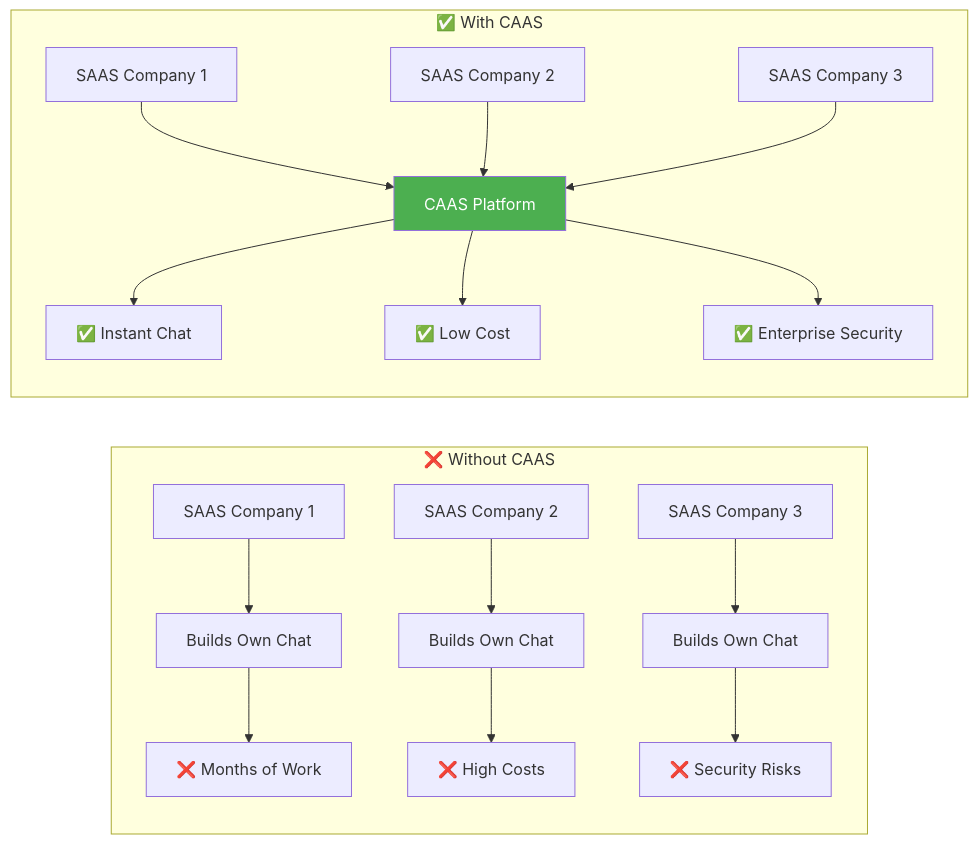
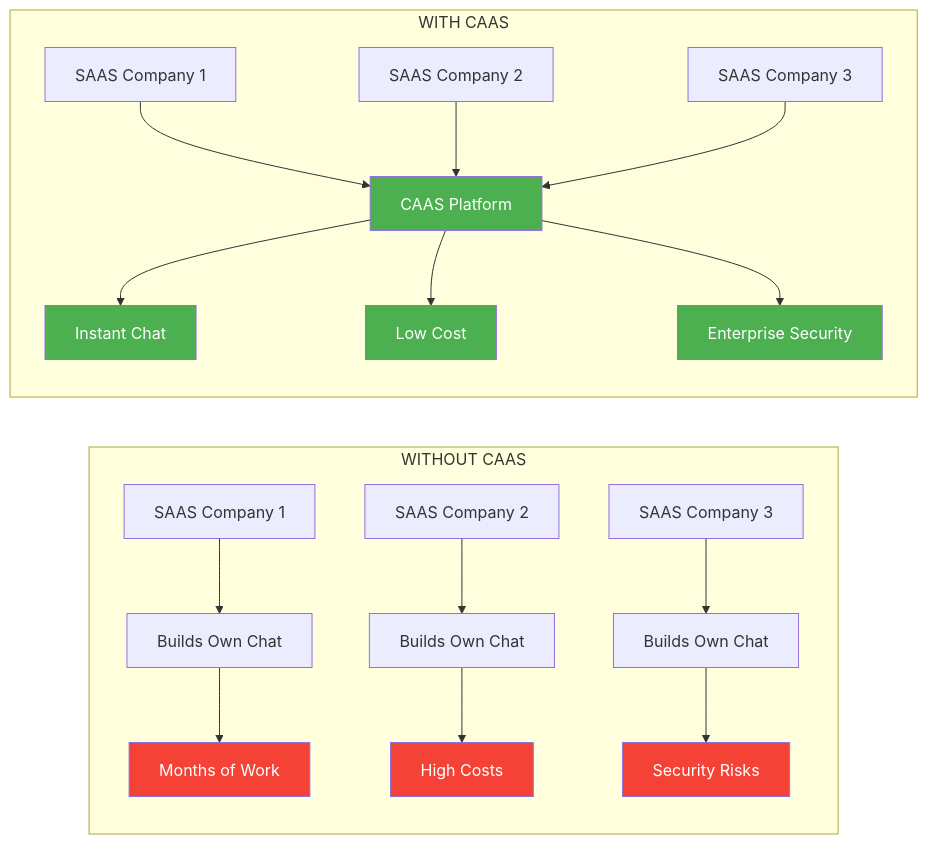
One commit to AtharvaBansod/CAAS changed the second of 40 diagrams in docs/COMPLETE_PLATFORM_VISUAL_GUIDE.md. Above: the diagram before and after it, drawn with Mermaid. The commit also changed other lines of this file, not shown here.

````diff
--- a/docs/COMPLETE_PLATFORM_VISUAL_GUIDE.md
+++ b/docs/COMPLETE_PLATFORM_VISUAL_GUIDE.md
@@ -57,22 +69,28 @@
 ```mermaid
 flowchart LR
-    subgraph "❌ Without CAAS"
-        A1[SAAS Company 1] --> B1[Builds Own Chat]
-        A2[SAAS Company 2] --> B2[Builds Own Chat]
-        A3[SAAS Company 3] --> B3[Builds Own Chat]
-        B1 --> C1[❌ Months of Work]
-        B2 --> C2[❌ High Costs]
-        B3 --> C3[❌ Security Risks]
+    subgraph Without["WITHOUT CAAS"]
+        A1["SAAS Company 1"] --> B1["Builds Own Chat"]
+        A2["SAAS Company 2"] --> B2["Builds Own Chat"]
+        A3["SAAS Company 3"] --> B3["Builds Own Chat"]
+        B1 --> C1["Months of Work"]
+        B2 --> C2["High Costs"]
+        B3 --> C3["Security Risks"]
     end
     
-    subgraph "✅ With CAAS"
-        D1[SAAS Company 1] --> E[CAAS Platform]
-        D2[SAAS Company 2] --> E
-        D3[SAAS Company 3] --> E
-        E --> F1[✅ Instant Chat]
-        E --> F2[✅ Low Cost]
-        E --> F3[✅ Enterprise Security]
+    subgraph With["WITH CAAS"]
+        D1["SAAS Company 1"] --> E["CAAS Platform"]
+        D2["SAAS Company 2"] --> E
+        D3["SAAS Company 3"] --> E
+        E --> F1["Instant Chat"]
+        E --> F2["Low Cost"]
+        E --> F3["Enterprise Security"]
     end
     
     style E fill:#4CAF50,color:#fff
+    style C1 fill:#f44336,color:#fff
+    style C2 fill:#f44336,color:#fff
+    style C3 fill:#f44336,color:#fff
+    style F1 fill:#4CAF50,color:#fff
+    style F2 fill:#4CAF50,color:#fff
+    style F3 fill:#4CAF50,color:#fff
 ```
````
